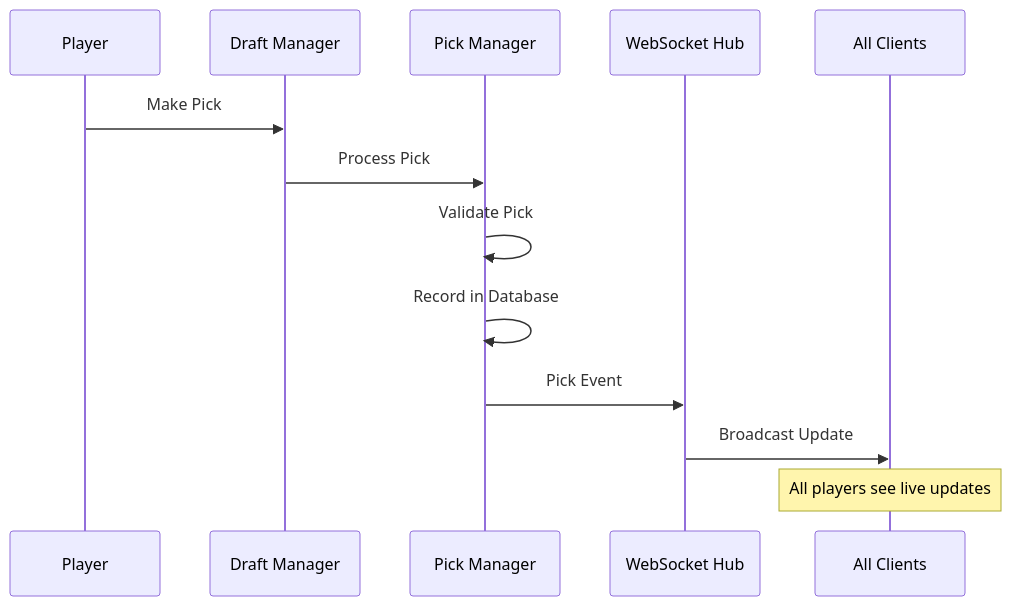
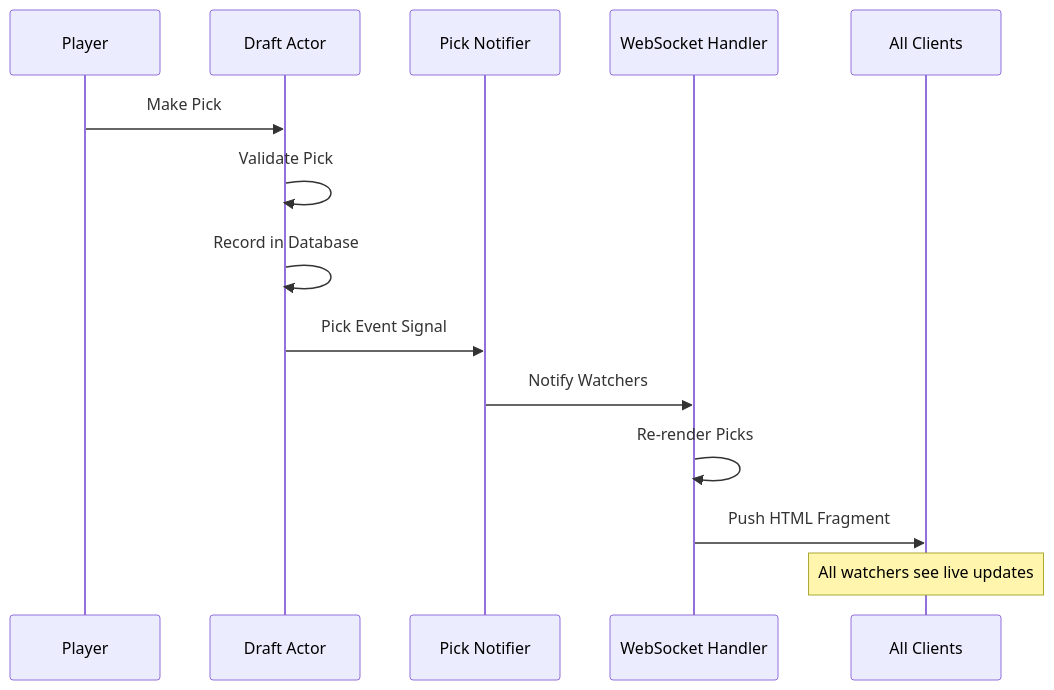
Before and after one commit to squirlemaster42/fantasy-frc-web: the eighth of 15 diagrams in docs/business-logic/draft-states-visual.md, drawn with Mermaid. The commit also changed other lines of this file and 28 other files, not shown here.

````diff
--- a/docs/business-logic/draft-states-visual.md
+++ b/docs/business-logic/draft-states-visual.md
@@ -160,18 +150,19 @@
 ```mermaid
 sequenceDiagram
     participant P as Player
-    participant DM as Draft Manager
-    participant PM as Pick Manager
-    participant WS as WebSocket Hub
+    participant DA as Draft Actor
+    participant PN as Pick Notifier
+    participant WS as WebSocket Handler
     participant C as All Clients
-    
-    P->>DM: Make Pick
-    DM->>PM: Process Pick
-    PM->>PM: Validate Pick
-    PM->>PM: Record in Database
-    
-    PM->>WS: Pick Event
-    WS->>C: Broadcast Update
-    
-    Note over C: All players see live updates
+
+    P->>DA: Make Pick
+    DA->>DA: Validate Pick
+    DA->>DA: Record in Database
+
+    DA->>PN: Pick Event Signal
+    PN->>WS: Notify Watchers
+    WS->>WS: Re-render Picks
+    WS->>C: Push HTML Fragment
+
+    Note over C: All watchers see live updates
 ```
````
